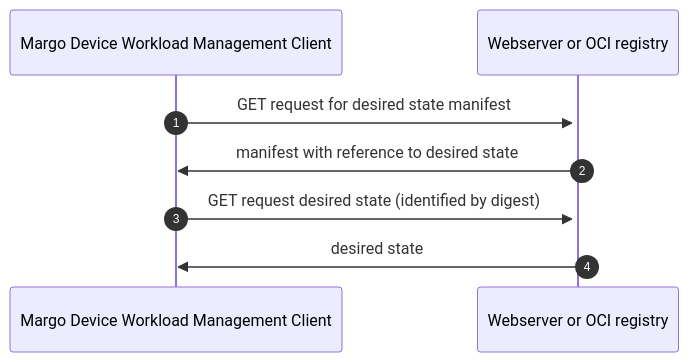
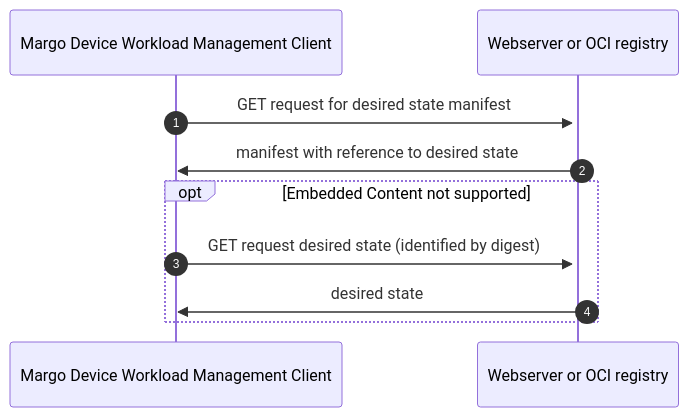
The second of 2 diagrams in submitted/sup_desired_state_from_oci.md (jjaswanson4/specification-enhancements), drawn with Mermaid before and after one commit. The commit also changed other lines of this file, not shown here.

First line of the commit message:
feat(oci): refine requests

````diff
--- a/submitted/sup_desired_state_from_oci.md
+++ b/submitted/sup_desired_state_from_oci.md
@@ -220,11 +220,13 @@
 ```mermaid
 sequenceDiagram
     autonumber
     participant wmc as Margo Device Workload Management Client
     participant oci as Webserver or OCI registry
 
     wmc->>+oci: GET request for desired state manifest
     oci->>wmc: manifest with reference to desired state
-    wmc->>+oci: GET request desired state (identified by digest)
-    oci->>wmc: desired state
+    opt Embedded Content not supported
+      wmc->>+oci: GET request desired state (identified by digest)
+      oci->>wmc: desired state
+    end
 ```
````
